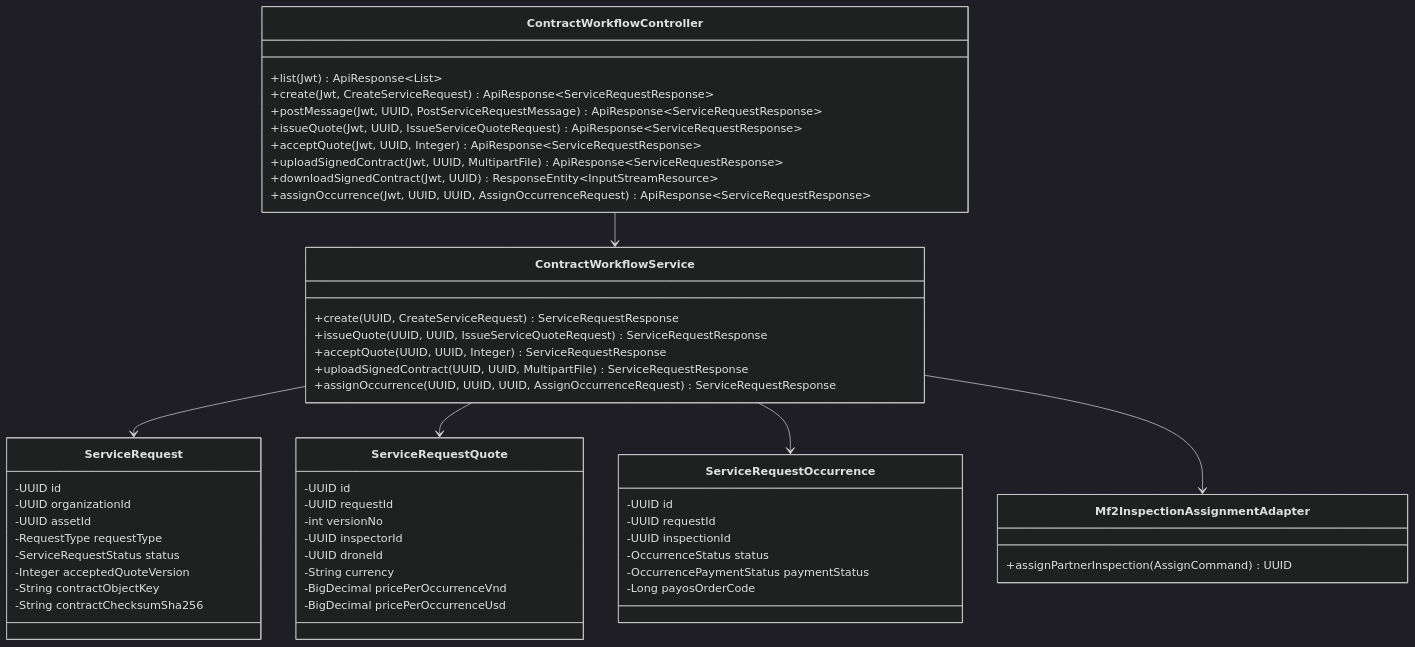
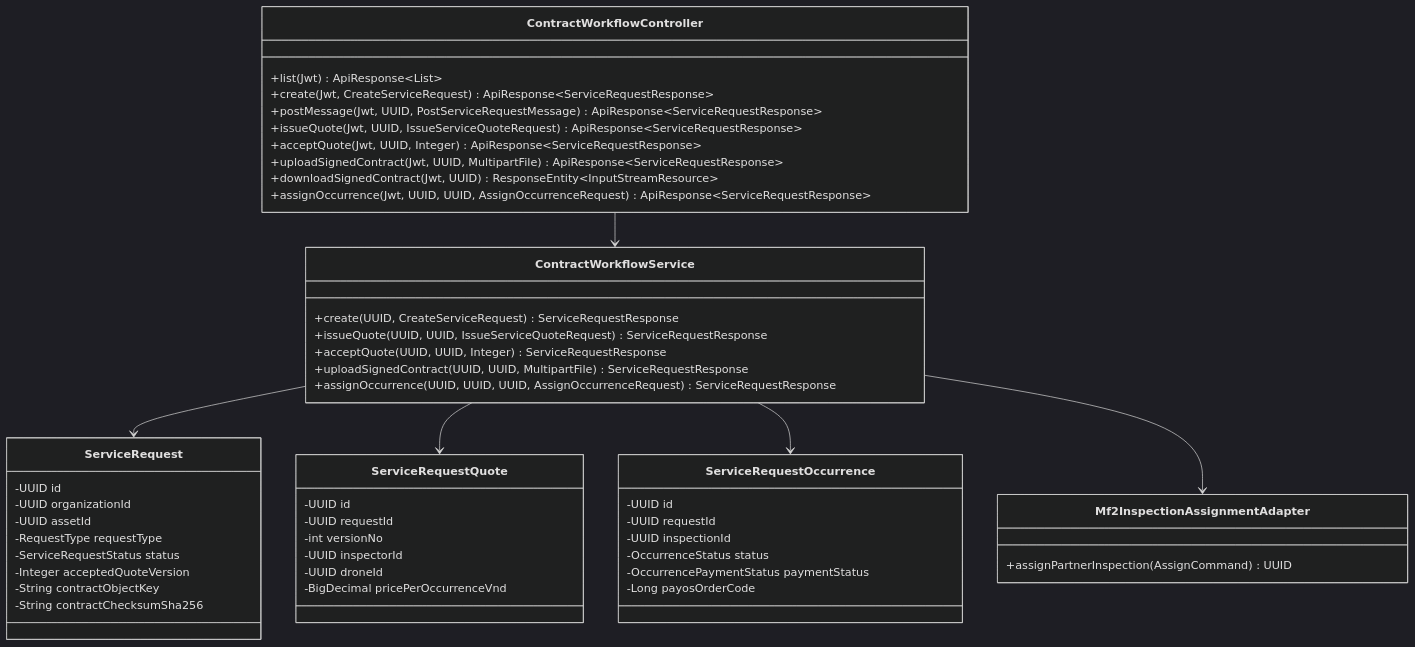
Before and after one commit to tungbach12/SmartDroneInspection-Docs: the ninth of 23 diagrams in reports/report-4-software-design-document/03-detailed-design.md, drawn with Mermaid (dark theme). The commit also changed other lines of this file and 30 other files, not shown here.

````diff
--- a/reports/report-4-software-design-document/03-detailed-design.md
+++ b/reports/report-4-software-design-document/03-detailed-design.md
@@ -362,57 +425,55 @@
 ```mermaid
 %% title: Service Request, Quotation, Signed Contract and Partner Dispatch Class Diagram
 classDiagram
   class ContractWorkflowController {
     +list(Jwt) ApiResponse~List~
     +create(Jwt, CreateServiceRequest) ApiResponse~ServiceRequestResponse~
     +postMessage(Jwt, UUID, PostServiceRequestMessage) ApiResponse~ServiceRequestResponse~
     +issueQuote(Jwt, UUID, IssueServiceQuoteRequest) ApiResponse~ServiceRequestResponse~
     +acceptQuote(Jwt, UUID, Integer) ApiResponse~ServiceRequestResponse~
     +uploadSignedContract(Jwt, UUID, MultipartFile) ApiResponse~ServiceRequestResponse~
     +downloadSignedContract(Jwt, UUID) ResponseEntity~InputStreamResource~
     +assignOccurrence(Jwt, UUID, UUID, AssignOccurrenceRequest) ApiResponse~ServiceRequestResponse~
   }
   class ContractWorkflowService {
     +create(UUID, CreateServiceRequest) ServiceRequestResponse
     +issueQuote(UUID, UUID, IssueServiceQuoteRequest) ServiceRequestResponse
     +acceptQuote(UUID, UUID, Integer) ServiceRequestResponse
     +uploadSignedContract(UUID, UUID, MultipartFile) ServiceRequestResponse
     +assignOccurrence(UUID, UUID, UUID, AssignOccurrenceRequest) ServiceRequestResponse
   }
   class Mf2InspectionAssignmentAdapter {
     +assignPartnerInspection(AssignCommand) UUID
   }
   class ServiceRequest {
     -UUID id
     -UUID organizationId
     -UUID assetId
     -RequestType requestType
     -ServiceRequestStatus status
     -Integer acceptedQuoteVersion
     -String contractObjectKey
     -String contractChecksumSha256
   }
   class ServiceRequestQuote {
     -UUID id
     -UUID requestId
     -int versionNo
     -UUID inspectorId
     -UUID droneId
-    -String currency
     -BigDecimal pricePerOccurrenceVnd
-    -BigDecimal pricePerOccurrenceUsd
   }
   class ServiceRequestOccurrence {
     -UUID id
     -UUID requestId
     -UUID inspectionId
     -OccurrenceStatus status
     -OccurrencePaymentStatus paymentStatus
     -Long payosOrderCode
   }
   ContractWorkflowController --> ContractWorkflowService
   ContractWorkflowService --> ServiceRequest
   ContractWorkflowService --> ServiceRequestQuote
   ContractWorkflowService --> ServiceRequestOccurrence
   ContractWorkflowService --> Mf2InspectionAssignmentAdapter
 ```
````
